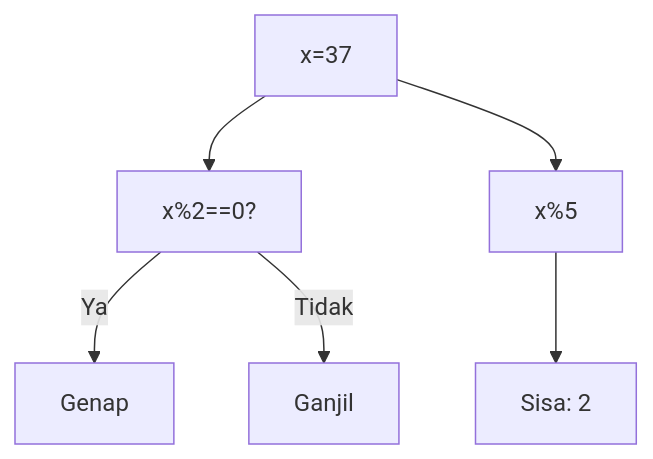
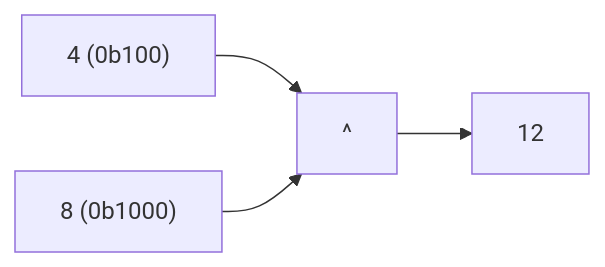
Before and after one commit to amnahwaida/OSNK_INF_PREP: diagram 11 of 25 in part-c-pemahaman-cpp/06-bitwise/latihan/set-10.md, drawn with Mermaid. The commit also changed other lines of this file and 71 other files, not shown here.

````diff
--- a/part-c-pemahaman-cpp/06-bitwise/latihan/set-10.md
+++ b/part-c-pemahaman-cpp/06-bitwise/latihan/set-10.md
@@ -382,8 +285,6 @@
 ```mermaid
-graph TD
-A["x=37"] --> B["x%2==0?"]
-B -- Ya --> C["Genap"]
-B -- Tidak --> D["Ganjil"]
-A --> E["x%5"]
-E --> F["Sisa: 2"]
+graph LR
+A["4 (0b100)"] --> C["^"]
+B["8 (0b1000)"] --> C
+C --> D["12"]
 ```
````
